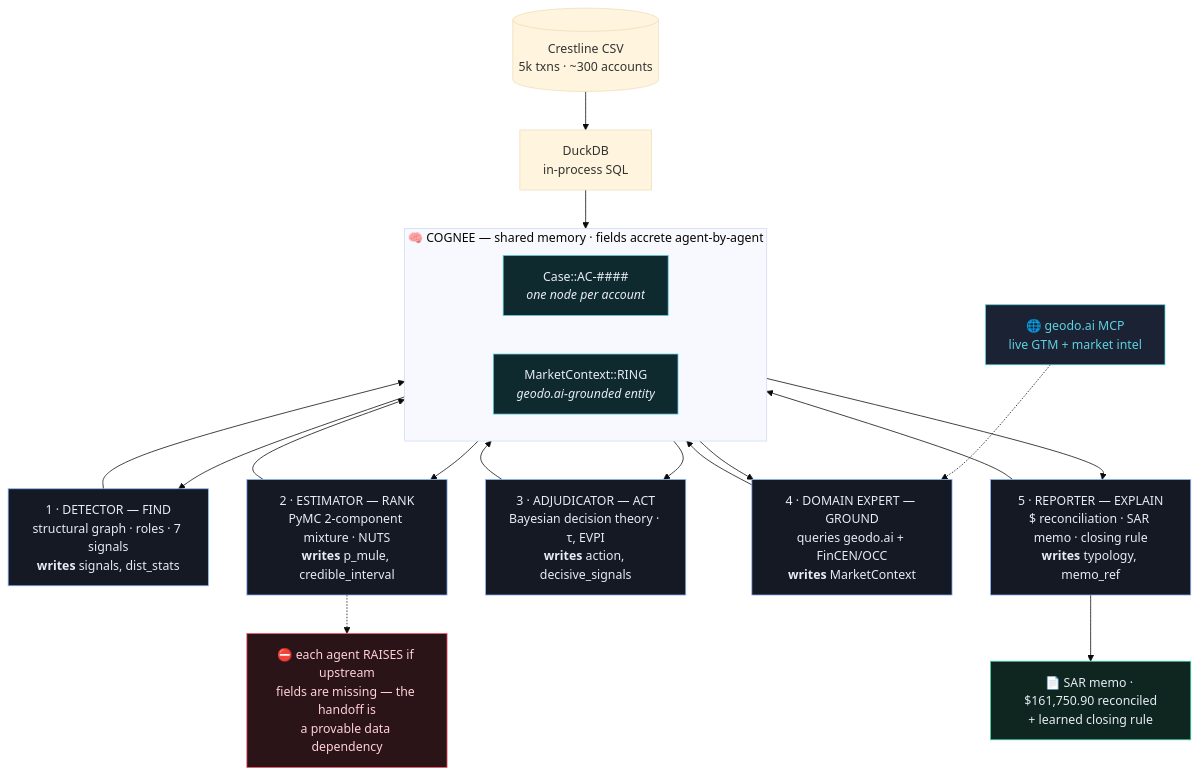
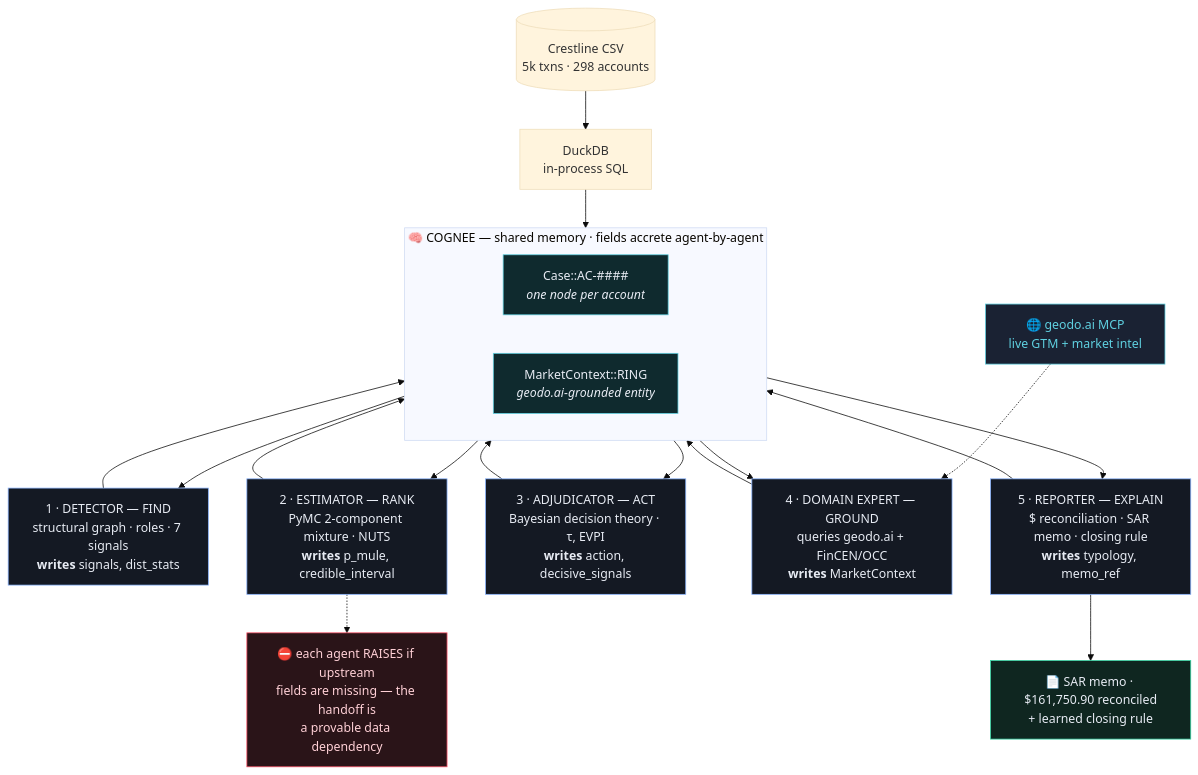
Before and after one commit to Alred-79/nycTechWeekHack: the first of 3 diagrams in README.md, drawn with Mermaid (base theme). The commit also changed other lines of this file and 9 other files, not shown here.

````diff
--- a/README.md
+++ b/README.md
@@ -55,42 +55,42 @@
 ```mermaid
 flowchart TB
-    CSV[("Crestline CSV<br/>5k txns · ~300 accounts")] --> DB["DuckDB<br/>in-process SQL"]
+    CSV[("Crestline CSV<br/>5k txns · 298 accounts")] --> DB["DuckDB<br/>in-process SQL"]
     DB --> COG
 
     subgraph COG["🧠 COGNEE — shared memory · fields accrete agent-by-agent"]
         direction LR
         CASE["Case::AC-####<br/><i>one node per account</i>"]
         MKT["MarketContext::RING<br/><i>geodo.ai-grounded entity</i>"]
     end
 
     GEO["🌐 geodo.ai MCP<br/>live GTM + market intel"]
 
     A1["1 · DETECTOR — FIND<br/>structural graph · roles · 7 signals<br/><b>writes</b> signals, dist_stats"]
     A2["2 · ESTIMATOR — RANK<br/>PyMC 2-component mixture · NUTS<br/><b>writes</b> p_mule, credible_interval"]
     A3["3 · ADJUDICATOR — ACT<br/>Bayesian decision theory · τ, EVPI<br/><b>writes</b> action, decisive_signals"]
     A4["4 · DOMAIN EXPERT — GROUND<br/>queries geodo.ai + FinCEN/OCC<br/><b>writes</b> MarketContext"]
     A5["5 · REPORTER — EXPLAIN<br/>$ reconciliation · SAR memo · closing rule<br/><b>writes</b> typology, memo_ref"]
 
     COG --> A1 --> COG
     COG --> A2 --> COG
     COG --> A3 --> COG
     COG --> A4 --> COG
     COG --> A5 --> COG
     GEO -.-> A4
 
     A5 --> OUT["📄 SAR memo · $161,750.90 reconciled<br/>+ learned closing rule"]
 
     GATE["⛔ each agent RAISES if upstream<br/>fields are missing — the handoff is<br/>a provable data dependency"]
     A2 -.-> GATE
 
     classDef cog fill:#0f2a2e,stroke:#5fd0e0,color:#e7ebf3;
     classDef agent fill:#141923,stroke:#8ab4ff,color:#e7ebf3;
     classDef geo fill:#1a2233,stroke:#5fd0e0,color:#5fd0e0;
     classDef out fill:#0f2620,stroke:#34d6a4,color:#e7ebf3;
     classDef gate fill:#2a1418,stroke:#ff5468,color:#ffd0d6;
     class CASE,MKT cog;
     class A1,A2,A3,A4,A5 agent;
     class GEO geo;
     class OUT out;
     class GATE gate;
 ```
````
